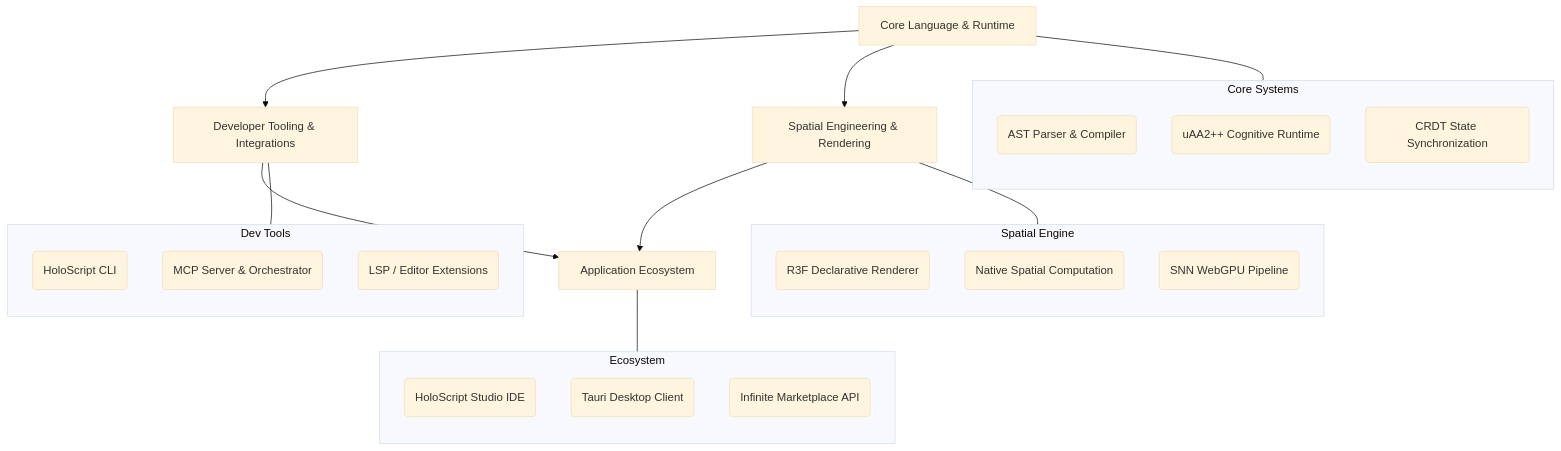
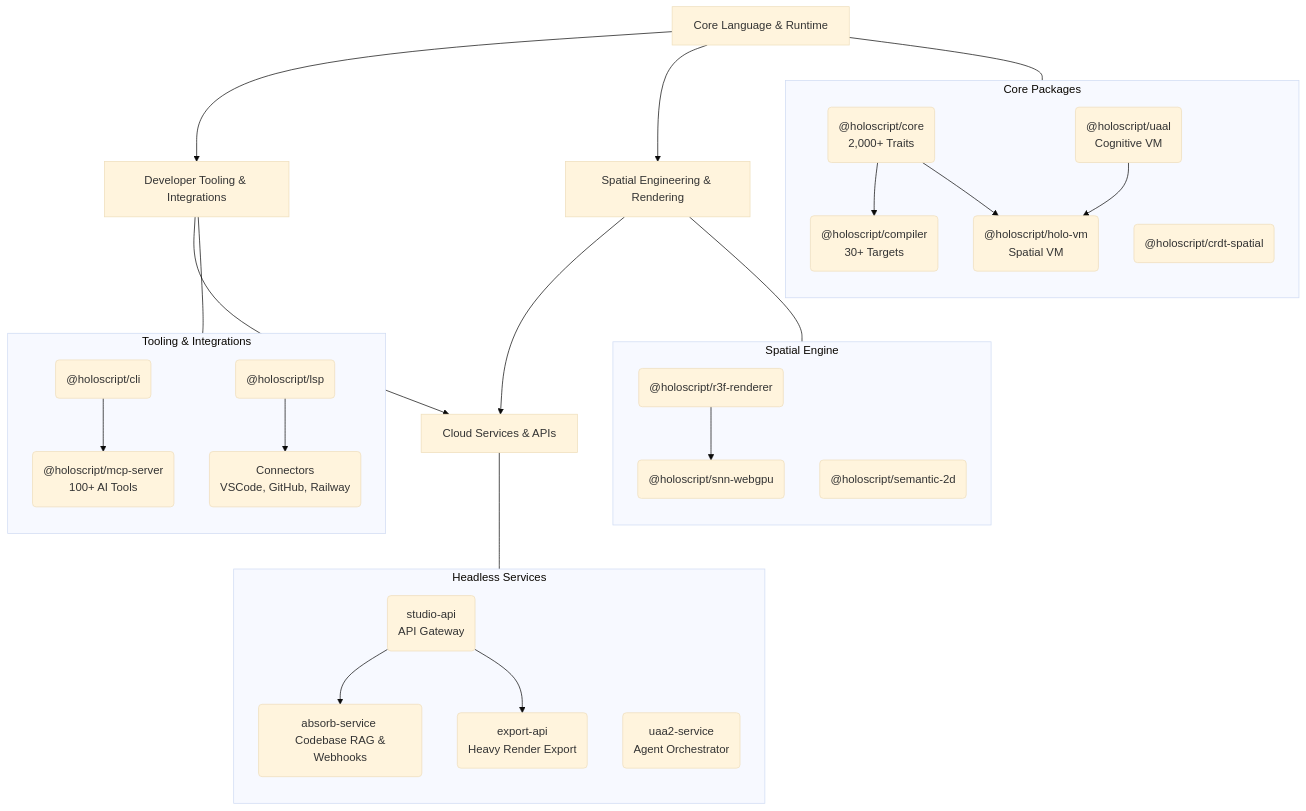
One commit to brianonbased-dev/HoloScript changed the diagram in README.md. Above: the diagram before and after it, drawn with Mermaid (base theme). The commit also changed 83 other files, not shown here.

First line of the commit message:
feat(launch): finalize HoloScript v6 7-Day Launch and Monorepo Hardening

````diff
--- a/README.md
+++ b/README.md
@@ -250,47 +250,59 @@
 ```mermaid
 graph TD
     %% Core Domains
     Core["Core Language & Runtime"]
     Tooling["Developer Tooling & Integrations"]
     Spatial["Spatial Engineering & Rendering"]
-    App["Application Ecosystem"]
+    Services["Cloud Services & APIs"]
 
     %% Flow
     Core --> Tooling
     Core --> Spatial
-    Tooling --> App
-    Spatial --> App
+    Tooling --> Services
+    Spatial --> Services
 
     %% Subcomponents
-    subgraph Core_Runtime [Core Systems]
+    subgraph Core_Runtime [Core Packages]
         direction TB
-        C1("AST Parser & Compiler")
-        C2("uAA2++ Cognitive Runtime")
-        C3("CRDT State Synchronization")
+        C1("@holoscript/core <br/> 2,000+ Traits")
+        C2("@holoscript/compiler <br/> 30+ Targets")
+        C3("@holoscript/holo-vm <br/> Spatial VM")
+        C4("@holoscript/uaal <br/> Cognitive VM")
+        C5("@holoscript/crdt-spatial")
+        C1 --> C2
+        C1 --> C3
+        C4 --> C3
     end
     Core --- Core_Runtime
 
-    subgraph Dev_Tools [Dev Tools]
+    subgraph Dev_Tools [Tooling & Integrations]
         direction TB
-        T1("HoloScript CLI")
-        T2("MCP Server & Orchestrator")
-        T3("LSP / Editor Extensions")
+        T1("@holoscript/cli")
+        T2("@holoscript/mcp-server <br/> 100+ AI Tools")
+        T3("@holoscript/lsp")
+        T4("Connectors <br/> VSCode, GitHub, Railway")
+        T1 --> T2
+        T3 --> T4
     end
     Tooling --- Dev_Tools
 
     subgraph Render_Engine [Spatial Engine]
         direction TB
-        S1("R3F Declarative Renderer")
-        S2("Native Spatial Computation")
-        S3("SNN WebGPU Pipeline")
+        S1("@holoscript/r3f-renderer")
+        S2("@holoscript/snn-webgpu")
+        S3("@holoscript/semantic-2d")
+        S1 --> S2
     end
     Spatial --- Render_Engine
 
-    subgraph Ecosystem_Apps [Ecosystem]
+    subgraph Cloud_Services [Headless Services]
         direction TB
-        A1("HoloScript Studio IDE")
-        A2("Tauri Desktop Client")
-        A3("Infinite Marketplace API")
+        A1("studio-api <br/> API Gateway")
+        A2("absorb-service <br/> Codebase RAG & Webhooks")
+        A3("export-api <br/> Heavy Render Export")
+        A4("uaa2-service <br/> Agent Orchestrator")
+        A1 --> A2
+        A1 --> A3
     end
-    App --- Ecosystem_Apps
+    Services --- Cloud_Services
 ```
````
